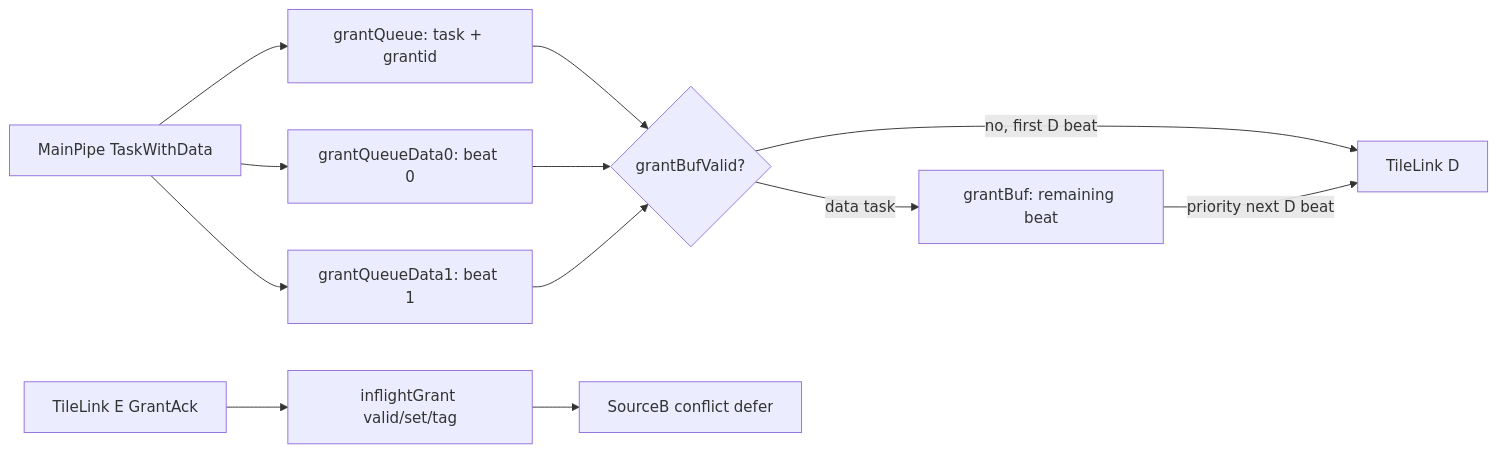
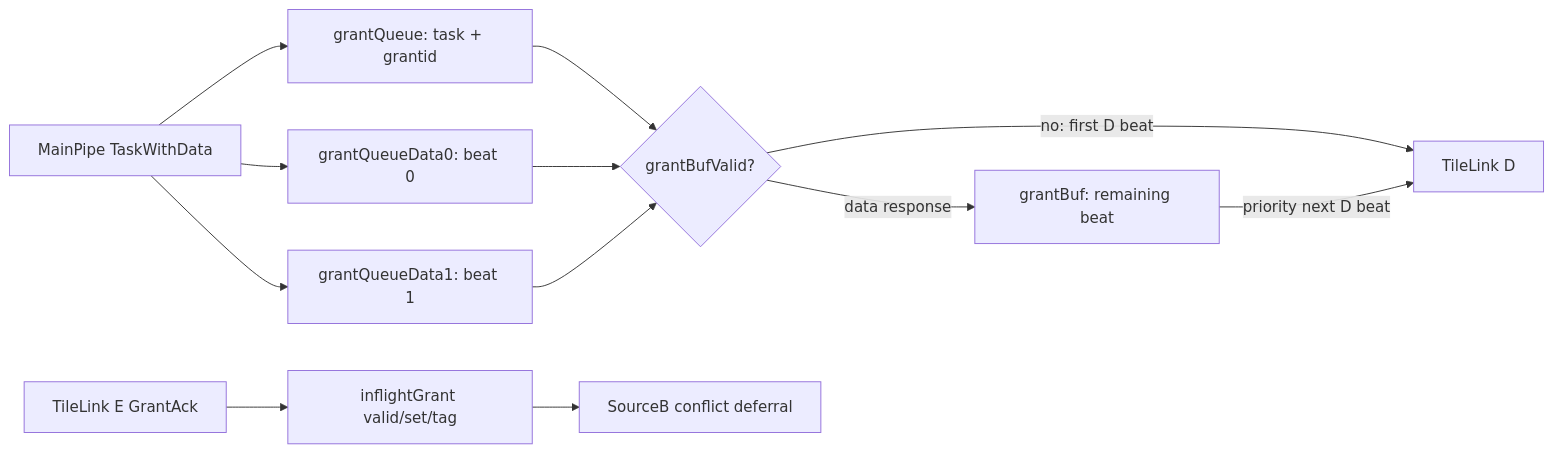
One commit to OpenXiangShan/XiangShanLab changed the second of 2 diagrams in xiangshan-course/docs-en/4-xiangshan-microarchitecture-analysis/3-xiangshan-source-code-analysis/cache/Cache-GrantBuffer.md. Above: the diagram before and after it, drawn with Mermaid. The commit also changed other lines of this file and 176 other files, not shown here.

````diff
--- a/xiangshan-course/docs-en/4-xiangshan-microarchitecture-analysis/3-xiangshan-source-code-analysis/cache/Cache-GrantBuffer.md
+++ b/xiangshan-course/docs-en/4-xiangshan-microarchitecture-analysis/3-xiangshan-source-code-analysis/cache/Cache-GrantBuffer.md
@@ -152,14 +447,14 @@
-~~~mermaid
+```mermaid
 flowchart LR
-  MP[MainPipe TaskWithData] --> GQT[grantQueue: task + grantid]
+  MP[MainPipe TaskWithData] --> Q[grantQueue: task + grantid]
   MP --> Q0[grantQueueData0: beat 0]
   MP --> Q1[grantQueueData1: beat 1]
-  GQT --> SEL{grantBufValid?}
+  Q --> SEL{grantBufValid?}
   Q0 --> SEL
   Q1 --> SEL
-  SEL -->|no, first D beat| D[TileLink D]
-  SEL -->|data task| GB[grantBuf: remaining beat]
-  GB -->|priority next D beat| D
+  SEL -->|no: first D beat| D[TileLink D]
+  SEL -->|data response| RB[grantBuf: remaining beat]
+  RB -->|priority next D beat| D
   E[TileLink E GrantAck] --> IF[inflightGrant valid/set/tag]
-  IF --> SB[SourceB conflict defer]
-~~~
+  IF --> SB[SourceB conflict deferral]
+```
````
